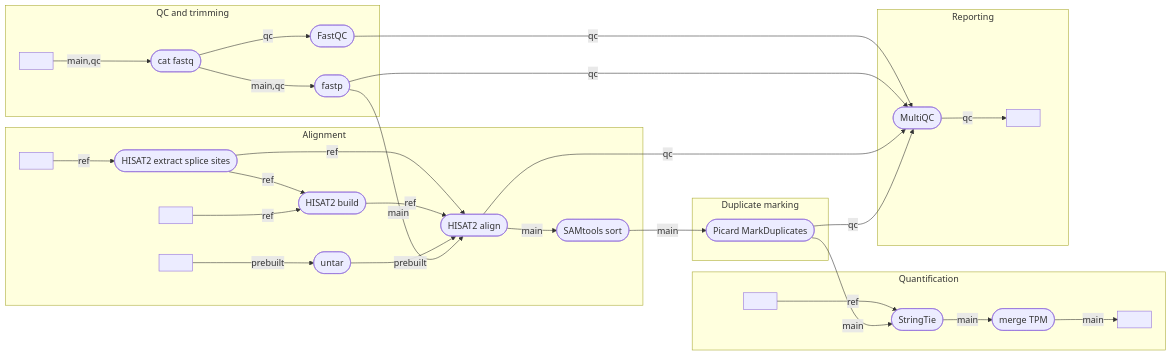
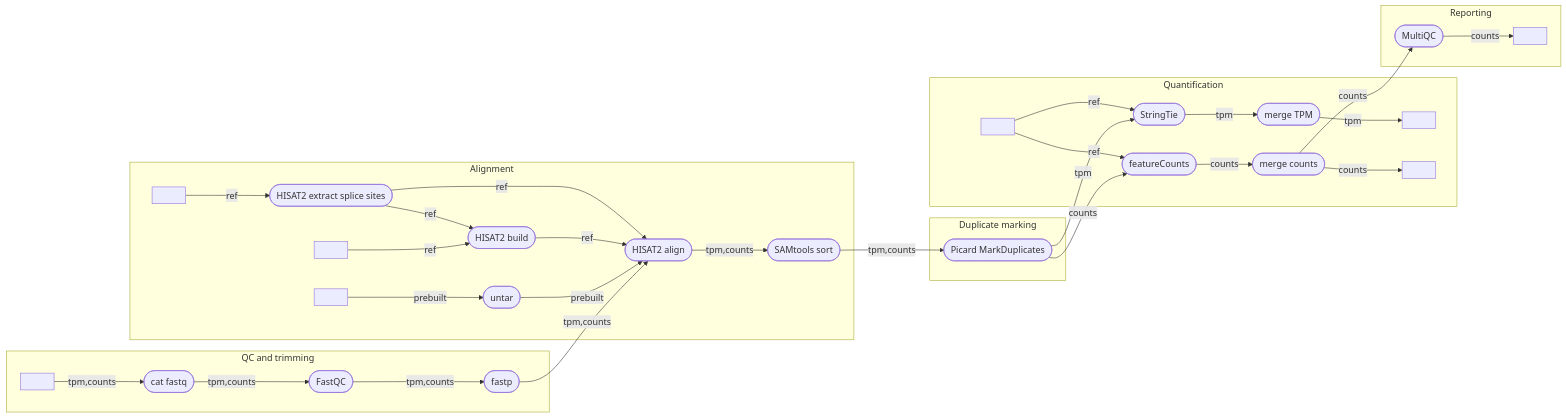
One commit to SaveTheWhaIes/cwbd-project changed the diagram in docs/images/metro.mmd. Above: the diagram before and after it, drawn with Mermaid. The commit also changed 25 other files, not shown here.

Commit message:
Add gene level read counts with featureCounts

```diff
--- a/docs/images/metro.mmd
+++ b/docs/images/metro.mmd
@@ -1,80 +1,85 @@
 %%metro title: cwbd-project
 %%metro style: dark
-%%metro line: main | Reads to gene TPM | #0570b0
+%%metro line: tpm | Reads to gene TPM | #0570b0
+%%metro line: counts | Reads to gene counts and MultiQC report | #2db572
 %%metro line: ref | Reference and index build | #f5a623
 %%metro line: prebuilt | Prebuilt index | #9b59b6
-%%metro line: qc | QC reporting | #2db572
 %%metro grid: qc_trim | 0,0
 %%metro grid: align | 1,0
 %%metro grid: markdup | 2,0
 %%metro grid: quantify | 3,0
-%%metro grid: reporting | 4,0
+%%metro grid: reporting | 4,1
 %%metro file: reads_in | FASTQ
 %%metro file: fasta_in | FASTA
 %%metro file: gtf_in | GTF
 %%metro dir: index_in | HISAT2 index
 %%metro file: gtf_quant | GTF
 %%metro file: tpm_out | TSV | gene_tpm.tsv
+%%metro file: counts_out | TSV | gene_counts.tsv
 %%metro file: report_out | HTML | MultiQC report
 
 
 graph LR
    subgraph qc_trim [QC and trimming]
         reads_in[ ]
         cat_fastq([cat fastq])
         fastqc([FastQC])
         fastp([fastp])
 
-        reads_in -->|main,qc| cat_fastq
-        cat_fastq -->|main,qc| fastp
-        cat_fastq -->|qc| fastqc
+        reads_in -->|tpm,counts| cat_fastq
+        cat_fastq -->|tpm,counts| fastqc
+        fastqc -->|tpm,counts| fastp
     end
 
     subgraph align [Alignment]
         gtf_in[ ]
         fasta_in[ ]
         index_in[ ]
         extractsplicesites([HISAT2 extract splice sites])
         hisat2_build([HISAT2 build])
         untar([untar])
         hisat2_align([HISAT2 align])
         samtools_sort([SAMtools sort])
 
         extractsplicesites -->|ref| hisat2_build
         extractsplicesites -->|ref| hisat2_align
         hisat2_build -->|ref| hisat2_align
         untar -->|prebuilt| hisat2_align
-        hisat2_align -->|main| samtools_sort
+        hisat2_align -->|tpm,counts| samtools_sort
         index_in -->|prebuilt| untar
         fasta_in -->|ref| hisat2_build
         gtf_in -->|ref| extractsplicesites
     end
 
     subgraph markdup [Duplicate marking]
         picard([Picard MarkDuplicates])
     end
 
     subgraph quantify [Quantification]
         gtf_quant[ ]
         stringtie([StringTie])
         merge_tpm([merge TPM])
         tpm_out[ ]
+        featurecounts([featureCounts])
+        merge_counts([merge counts])
+        counts_out[ ]
 
         gtf_quant -->|ref| stringtie
-        stringtie -->|main| merge_tpm
-        merge_tpm -->|main| tpm_out
+        gtf_quant -->|ref| featurecounts
+        stringtie -->|tpm| merge_tpm
+        merge_tpm -->|tpm| tpm_out
+        featurecounts -->|counts| merge_counts
+        merge_counts -->|counts| counts_out
     end
 
     subgraph reporting [Reporting]
         multiqc([MultiQC])
         report_out[ ]
-        multiqc -->|qc| report_out
+        multiqc -->|counts| report_out
     end
 
-    fastp -->|main| hisat2_align
-    samtools_sort -->|main| picard
-    picard -->|main| stringtie
-    fastqc -->|qc| multiqc
-    fastp -->|qc| multiqc
-    hisat2_align -->|qc| multiqc
-    picard -->|qc| multiqc
+    fastp -->|tpm,counts| hisat2_align
+    samtools_sort -->|tpm,counts| picard
+    picard -->|tpm| stringtie
+    picard -->|counts| featurecounts
+    merge_counts -->|counts| multiqc
```
